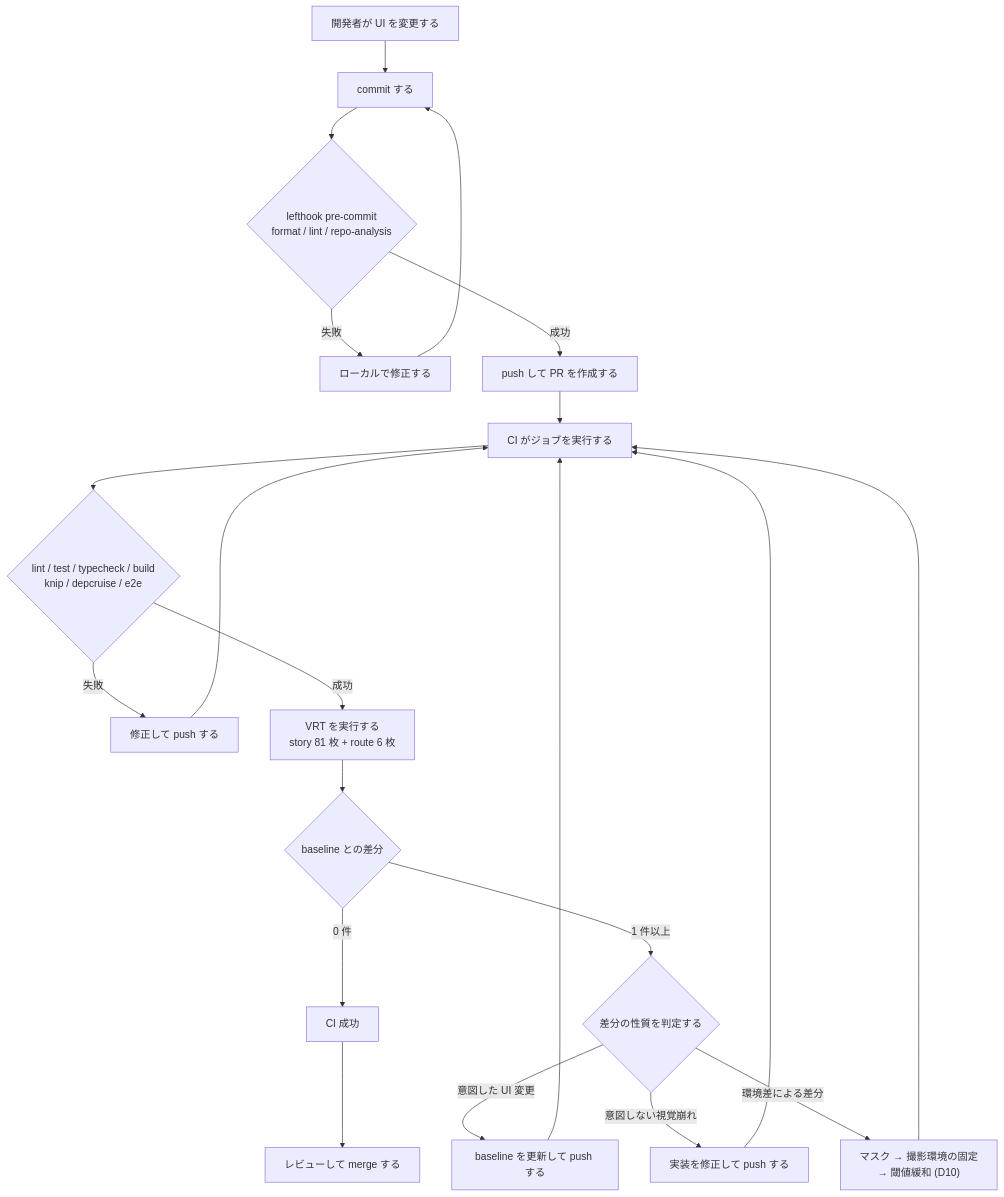
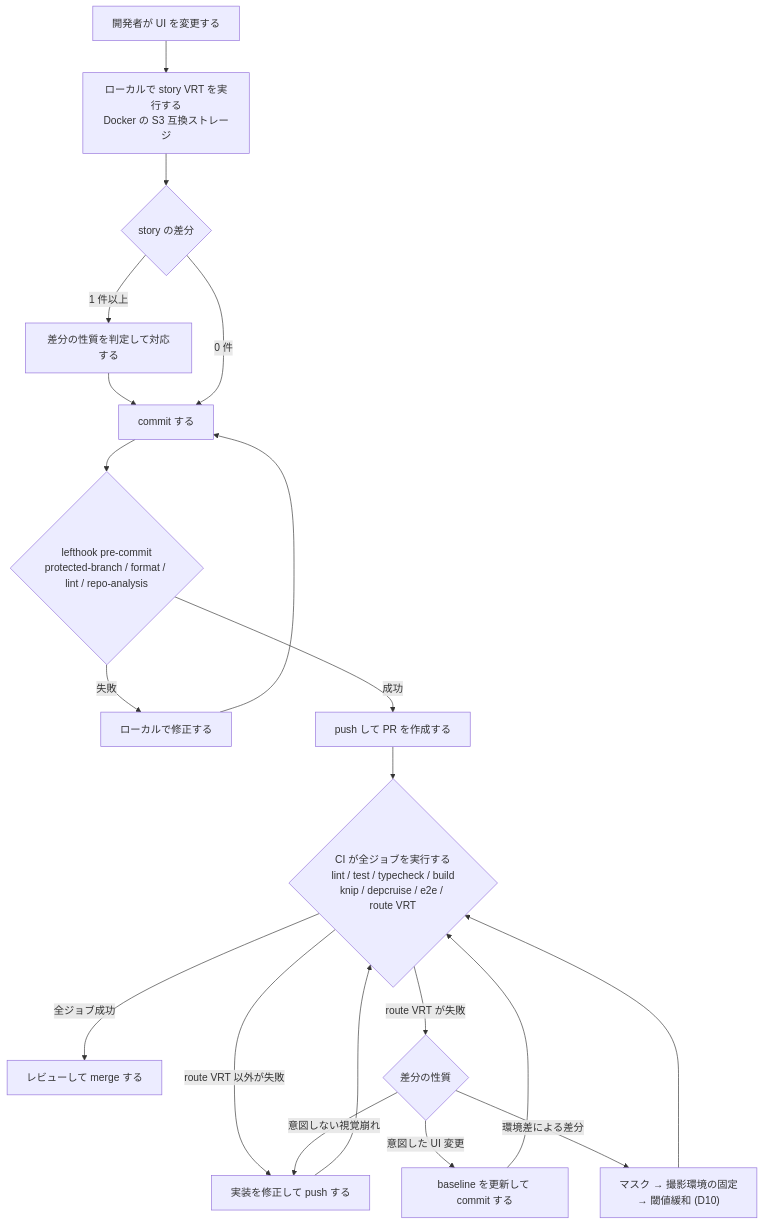
The first of 3 diagrams in specs/33-testing-strategy/index.md (Fukuemon/kufu-apps), drawn with Mermaid before and after one commit. The commit also changed other lines of this file and 1 other file, not shown here.

Commit message:
docs(specs): track gate の指摘 7 件へ対応し図を #33 スコープへ描き直す #33

````diff
--- a/specs/33-testing-strategy/index.md
+++ b/specs/33-testing-strategy/index.md
@@ -319,23 +325,22 @@
 ```mermaid
 flowchart TD
-    Change["開発者が UI を変更する"] --> Commit["commit する"]
-    Commit --> Hook{"lefthook pre-commit<br/>format / lint / repo-analysis"}
+    Change["開発者が UI を変更する"] --> LocalVRT["ローカルで story VRT を実行する<br/>Docker の S3 互換ストレージ"]
+    LocalVRT --> LocalDiff{"story の差分"}
+    LocalDiff -->|"1 件以上"| JudgeLocal["差分の性質を判定して対応する"]
+    JudgeLocal --> Commit["commit する"]
+    LocalDiff -->|"0 件"| Commit
+    Commit --> Hook{"lefthook pre-commit<br/>protected-branch / format / lint / repo-analysis"}
     Hook -->|失敗| FixLocal["ローカルで修正する"]
     FixLocal --> Commit
     Hook -->|成功| Push["push して PR を作成する"]
-    Push --> CI["CI がジョブを実行する"]
-    CI --> Static{"lint / test / typecheck / build<br/>knip / depcruise / e2e"}
-    Static -->|失敗| FixCI["修正して push する"]
-    FixCI --> CI
-    Static -->|成功| RunVRT["VRT を実行する<br/>story 81 枚 + route 6 枚"]
-    RunVRT --> Diff{"baseline との差分"}
-    Diff -->|"0 件"| Green["CI 成功"]
-    Diff -->|"1 件以上"| Judge{"差分の性質を判定する"}
-    Judge -->|"意図した UI 変更"| UpdateBase["baseline を更新して push する"]
-    UpdateBase --> CI
-    Judge -->|"意図しない視覚崩れ"| FixImpl["実装を修正して push する"]
-    FixImpl --> CI
-    Judge -->|"環境差による差分"| Escalate["マスク → 撮影環境の固定<br/>→ 閾値緩和 (D10)"]
-    Escalate --> CI
-    Green --> Merge["レビューして merge する"]
+    Push --> Jobs{"CI が全ジョブを実行する<br/>lint / test / typecheck / build<br/>knip / depcruise / e2e / route VRT"}
+    Jobs -->|"全ジョブ成功"| Merge["レビューして merge する"]
+    Jobs -->|"route VRT 以外が失敗"| FixImpl["実装を修正して push する"]
+    FixImpl --> Jobs
+    Jobs -->|"route VRT が失敗"| JudgeDiff{"差分の性質"}
+    JudgeDiff -->|"意図した UI 変更"| UpdateBase["baseline を更新して commit する"]
+    UpdateBase --> Jobs
+    JudgeDiff -->|"意図しない視覚崩れ"| FixImpl
+    JudgeDiff -->|"環境差による差分"| Escalate["マスク → 撮影環境の固定<br/>→ 閾値緩和 (D10)"]
+    Escalate --> Jobs
 ```
````
